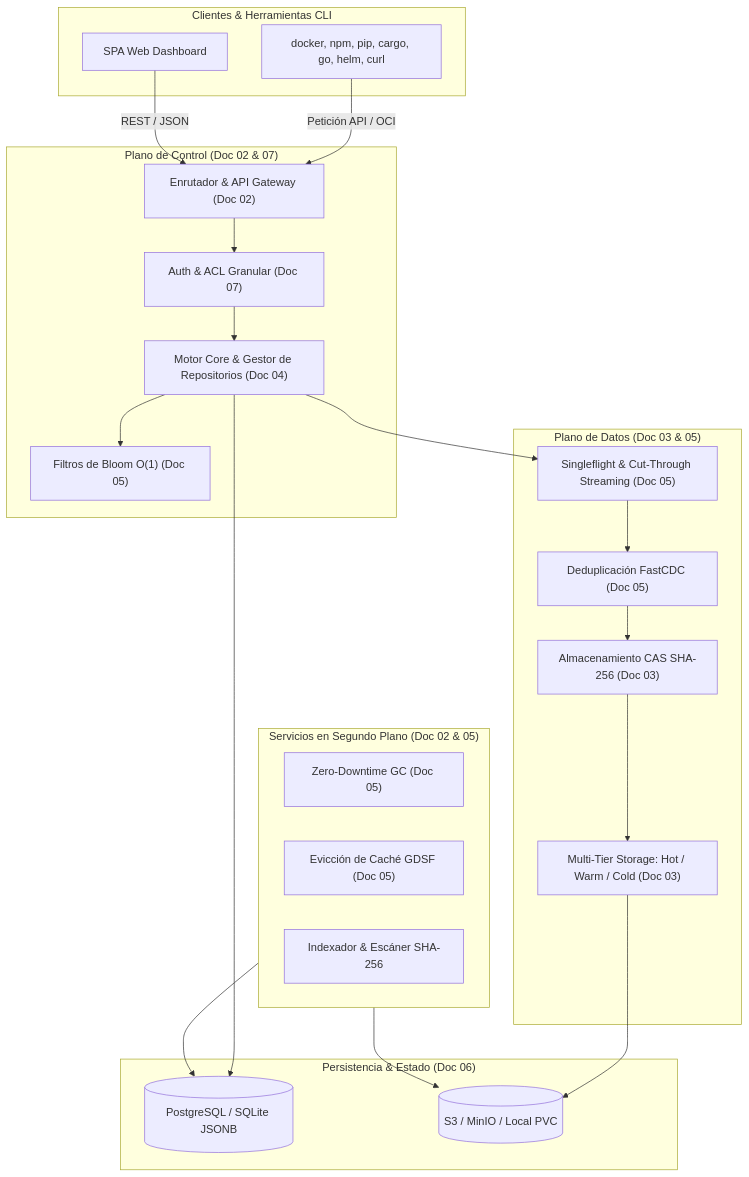
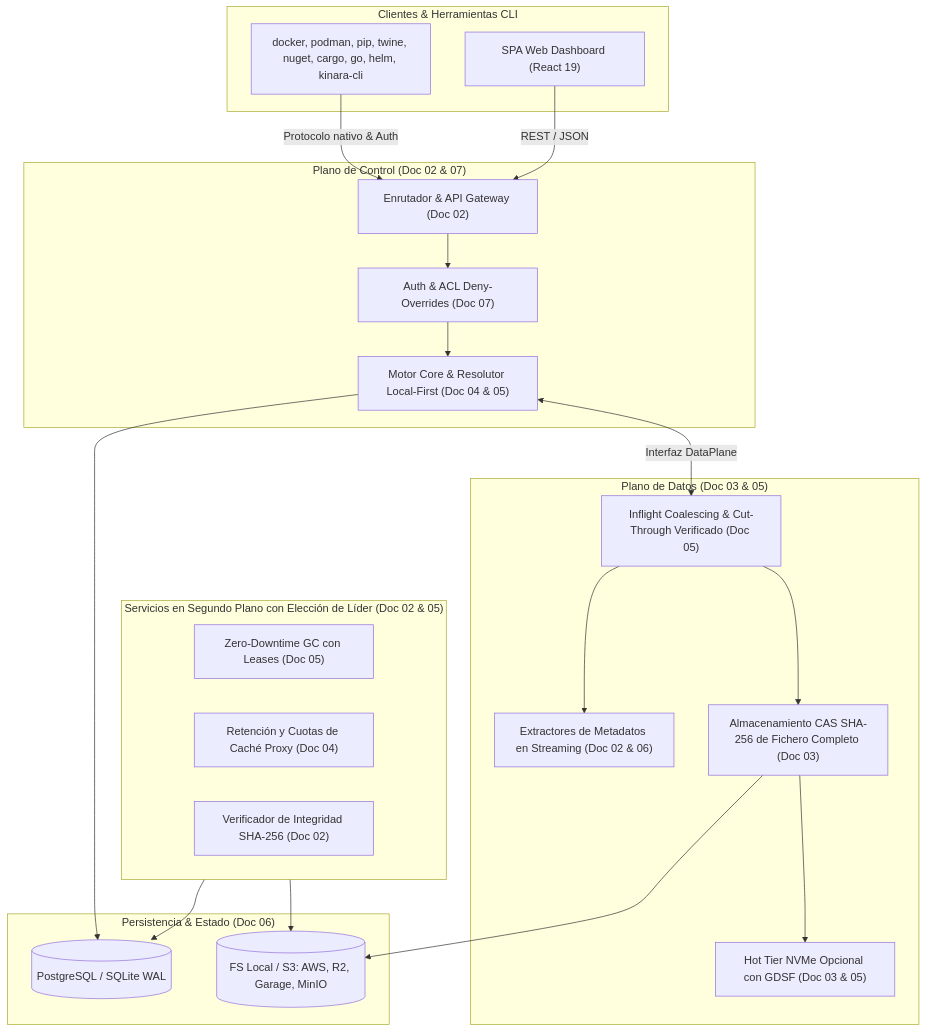
The diagram in Planification/README.md (CesarAchig/Kinara-Registry), drawn with Mermaid before and after one commit. The commit also changed other lines of this file and 10 other files, not shown here.

````diff
--- a/Planification/README.md
+++ b/Planification/README.md
@@ -31,46 +31,44 @@
 ```mermaid
 flowchart TD
     subgraph Clientes["Clientes & Herramientas CLI"]
-        CLI["docker, npm, pip, cargo, go, helm, curl"]
-        WebUI["SPA Web Dashboard"]
+        CLI["docker, podman, pip, twine, nuget, cargo, go, helm, kinara-cli"]
+        WebUI["SPA Web Dashboard (React 19)"]
     end
 
     subgraph ControlPlane["Plano de Control (Doc 02 & 07)"]
         Gateway["Enrutador & API Gateway (Doc 02)"]
-        Auth["Auth & ACL Granular (Doc 07)"]
-        CoreEngine["Motor Core & Gestor de Repositorios (Doc 04)"]
-        Bloom["Filtros de Bloom O(1) (Doc 05)"]
+        Auth["Auth & ACL Deny-Overrides (Doc 07)"]
+        CoreEngine["Motor Core & Resolutor Local-First (Doc 04 & 05)"]
     end
 
     subgraph DataPlane["Plano de Datos (Doc 03 & 05)"]
-        Streaming["Singleflight & Cut-Through Streaming (Doc 05)"]
-        FastCDC["Deduplicación FastCDC (Doc 05)"]
-        CAS["Almacenamiento CAS SHA-256 (Doc 03)"]
-        MultiTier["Multi-Tier Storage: Hot / Warm / Cold (Doc 03)"]
+        Streaming["Inflight Coalescing & Cut-Through Verificado (Doc 05)"]
+        MetaExtract["Extractores de Metadatos en Streaming (Doc 02 & 06)"]
+        CAS["Almacenamiento CAS SHA-256 de Fichero Completo (Doc 03)"]
+        HotTier["Hot Tier NVMe Opcional con GDSF (Doc 03 & 05)"]
     end
 
     subgraph Persistencia["Persistencia & Estado (Doc 06)"]
-        DB[(PostgreSQL / SQLite JSONB)]
-        Storage[(S3 / MinIO / Local PVC)]
+        DB[(PostgreSQL / SQLite WAL)]
+        Storage[(FS Local / S3: AWS, R2, Garage, MinIO)]
     end
 
-    subgraph Workers["Servicios en Segundo Plano (Doc 02 & 05)"]
-        GC["Zero-Downtime GC (Doc 05)"]
-        GDSF["Evicción de Caché GDSF (Doc 05)"]
-        Indexer["Indexador & Escáner SHA-256"]
+    subgraph Workers["Servicios en Segundo Plano con Elección de Líder (Doc 02 & 05)"]
+        GC["Zero-Downtime GC con Leases (Doc 05)"]
+        Retention["Retención y Cuotas de Caché Proxy (Doc 04)"]
+        Verifier["Verificador de Integridad SHA-256 (Doc 02)"]
     end
 
-    CLI -->|Petición API / OCI| Gateway
-    WebUI -->|REST / JSON| Gateway
+    CLI -->|"Protocolo nativo & Auth"| Gateway
+    WebUI -->|"REST / JSON"| Gateway
     Gateway --> Auth
     Auth --> CoreEngine
-    CoreEngine --> Bloom
     CoreEngine --> DB
-    CoreEngine --> Streaming
-    Streaming --> FastCDC
-    FastCDC --> CAS
-    CAS --> MultiTier
-    MultiTier --> Storage
+    CoreEngine <-->|"Interfaz DataPlane"| Streaming
+    Streaming --> MetaExtract
+    Streaming --> CAS
+    CAS --> HotTier
+    CAS --> Storage
     Workers --> DB
     Workers --> Storage
 ```
````
